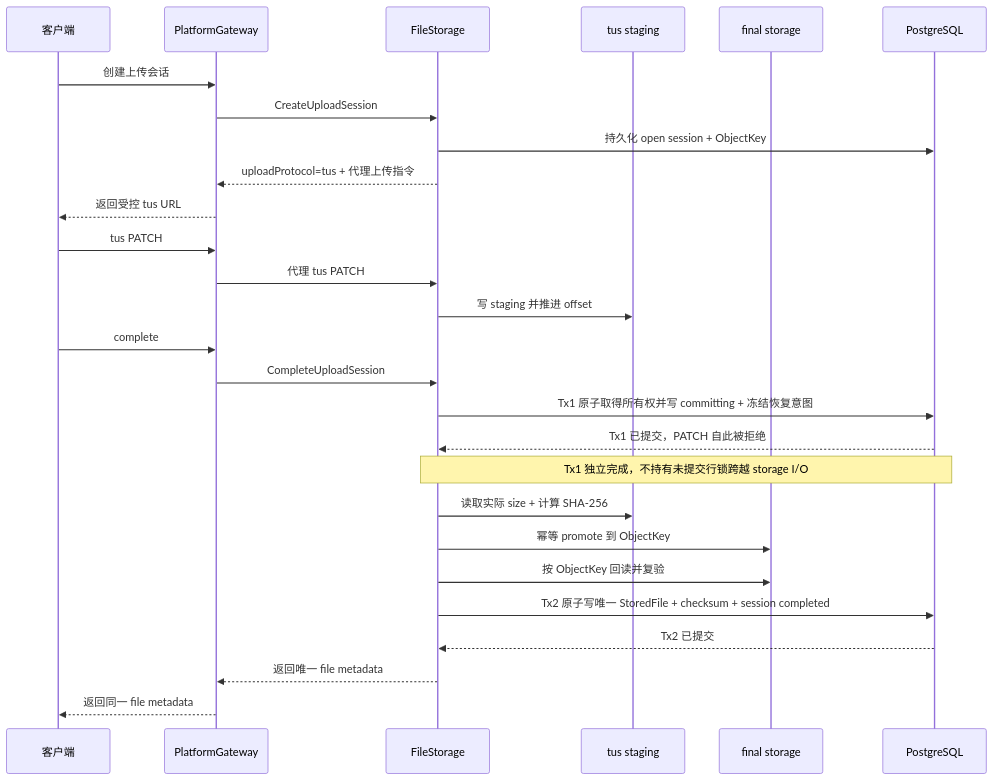
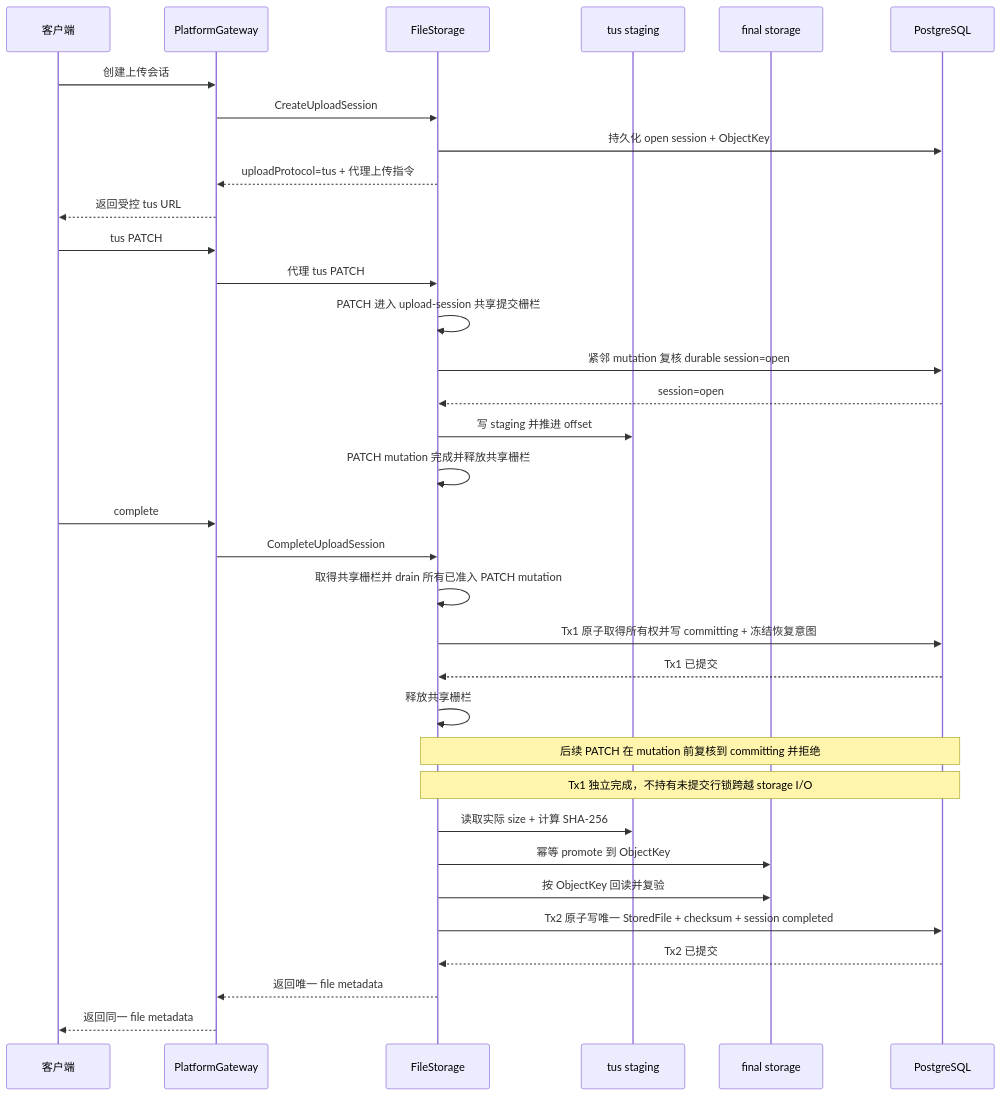
One commit to Mang-X/Nerv-IIP changed the second of 2 diagrams in docs/adr/0023-filestorage-tus-proxy-staging-final-complete-invariants.md. Above: the diagram before and after it, drawn with Mermaid. The commit also changed other lines of this file, not shown here.

````diff
--- a/docs/adr/0023-filestorage-tus-proxy-staging-final-complete-invariants.md
+++ b/docs/adr/0023-filestorage-tus-proxy-staging-final-complete-invariants.md
@@ -106,30 +107,37 @@
 ```mermaid
 sequenceDiagram
     participant C as 客户端
     participant G as PlatformGateway
     participant F as FileStorage
     participant T as tus staging
     participant S as final storage
     participant D as PostgreSQL
 
     C->>G: 创建上传会话
     G->>F: CreateUploadSession
     F->>D: 持久化 open session + ObjectKey
     F-->>G: uploadProtocol=tus + 代理上传指令
     G-->>C: 返回受控 tus URL
     C->>G: tus PATCH
     G->>F: 代理 tus PATCH
+    F->>F: PATCH 进入 upload-session 共享提交栅栏
+    F->>D: 紧邻 mutation 复核 durable session=open
+    D-->>F: session=open
     F->>T: 写 staging 并推进 offset
+    F->>F: PATCH mutation 完成并释放共享栅栏
     C->>G: complete
     G->>F: CompleteUploadSession
+    F->>F: 取得共享栅栏并 drain 所有已准入 PATCH mutation
     F->>D: Tx1 原子取得所有权并写 committing + 冻结恢复意图
-    D-->>F: Tx1 已提交，PATCH 自此被拒绝
+    D-->>F: Tx1 已提交
+    F->>F: 释放共享栅栏
+    Note over F,D: 后续 PATCH 在 mutation 前复核到 committing 并拒绝
     Note over F,D: Tx1 独立完成，不持有未提交行锁跨越 storage I/O
     F->>T: 读取实际 size + 计算 SHA-256
     F->>S: 幂等 promote 到 ObjectKey
     F->>S: 按 ObjectKey 回读并复验
     F->>D: Tx2 原子写唯一 StoredFile + checksum + session completed
     D-->>F: Tx2 已提交
     F-->>G: 返回唯一 file metadata
     G-->>C: 返回同一 file metadata
 ```
````
